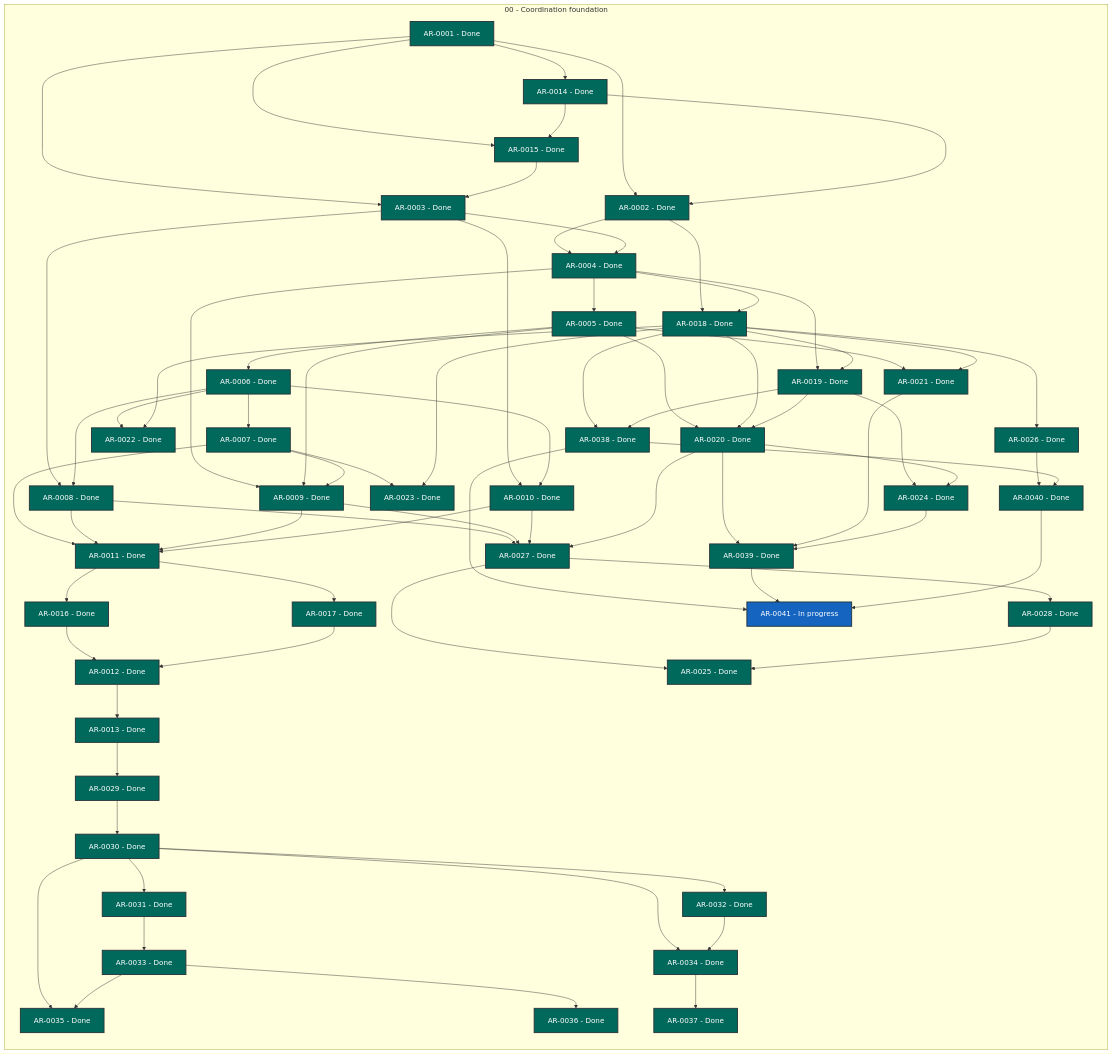
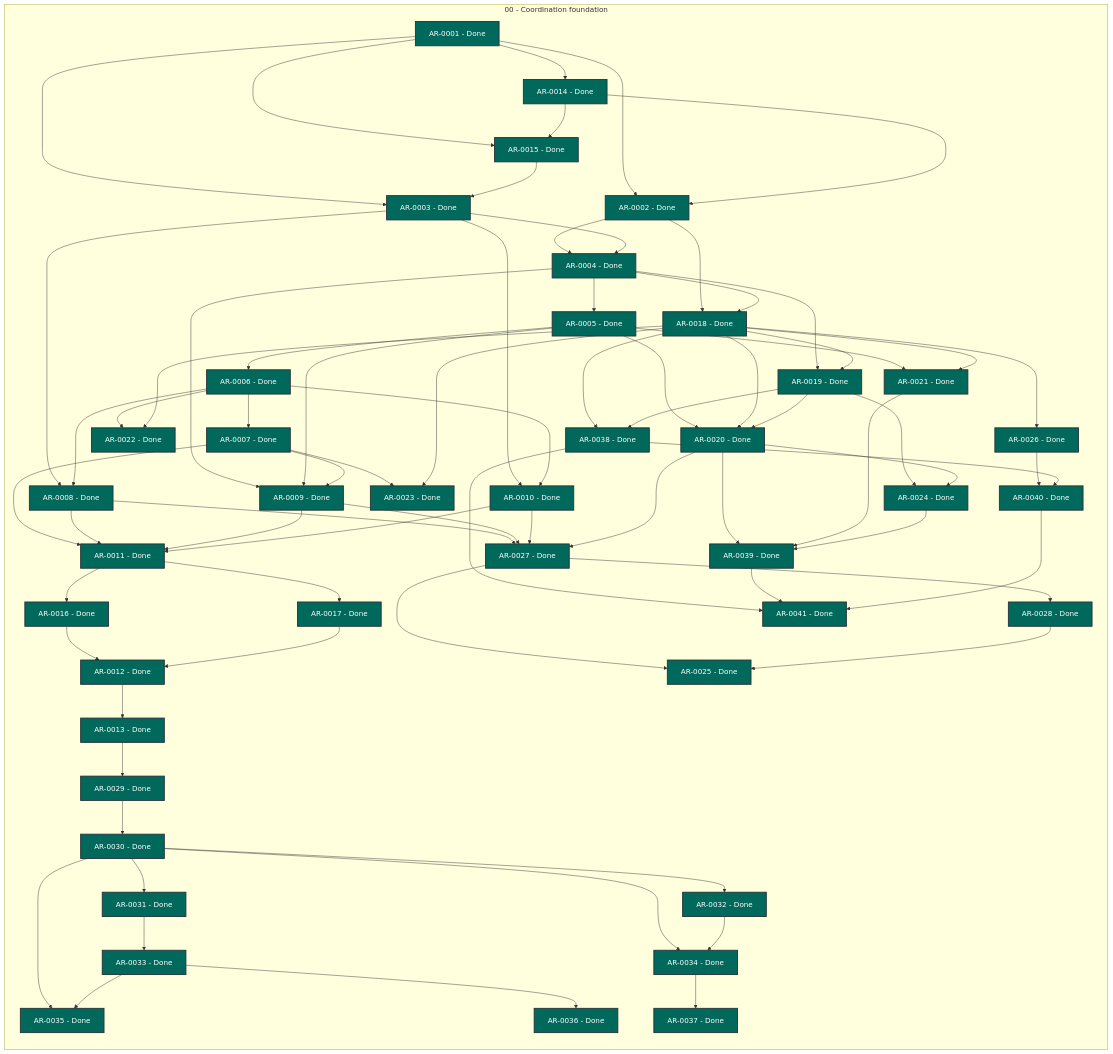
Before and after one commit to martin-beck/agent-workflow-tui-state: the diagram in STATUS.md, drawn with Mermaid. The commit also changed other lines of this file and 2 other files, not shown here.

```diff
--- a/STATUS.md
+++ b/STATUS.md
@@ -68,7 +68,7 @@
         AR_0038["AR-0038 - Done"]:::status_done
         AR_0039["AR-0039 - Done"]:::status_done
         AR_0040["AR-0040 - Done"]:::status_done
-        AR_0041["AR-0041 - In progress"]:::status_in_progress
+        AR_0041["AR-0041 - Done"]:::status_done
     end
     AR_0001 --> AR_0002
     AR_0001 --> AR_0003
```
